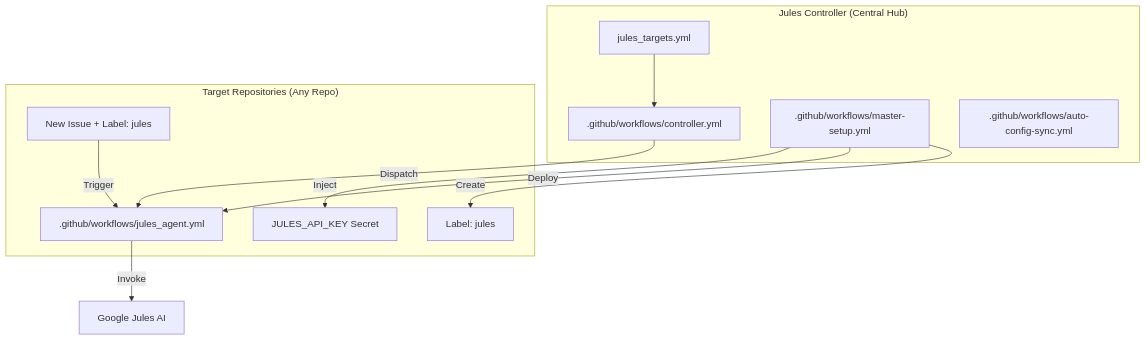
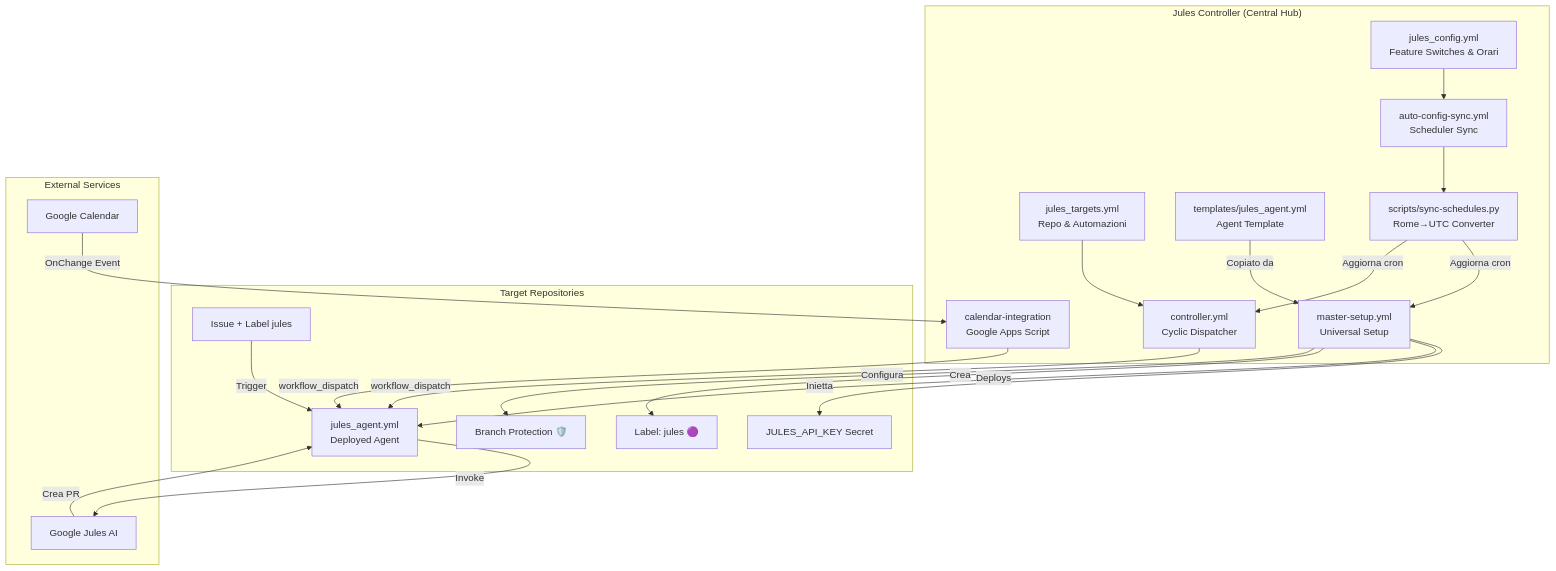
Before and after one commit to GabryXn/jules-controller: the diagram in README.md, drawn with Mermaid. The commit also changed other lines of this file, not shown here.

````diff
--- a/README.md
+++ b/README.md
@@ -11,18 +31,43 @@
 ```mermaid
 graph TD
     subgraph "Jules Controller (Central Hub)"
-        A[jules_targets.yml] --> B[.github/workflows/controller.yml]
-        C[.github/workflows/master-setup.yml]
-        D[.github/workflows/auto-config-sync.yml]
+        CFG[jules_config.yml<br/>Feature Switches & Orari]
+        TGT[jules_targets.yml<br/>Repo & Automazioni]
+        SYNC[auto-config-sync.yml<br/>Scheduler Sync]
+        SETUP[master-setup.yml<br/>Universal Setup]
+        CTRL[controller.yml<br/>Cyclic Dispatcher]
+        TMPL[templates/jules_agent.yml<br/>Agent Template]
+        CAL[calendar-integration<br/>Google Apps Script]
+        PY[scripts/sync-schedules.py<br/>Rome→UTC Converter]
     end
 
-    subgraph "Target Repositories (Any Repo)"
-        B -->|Dispatch| E[.github/workflows/jules_agent.yml]
-        C -->|Inject| F[JULES_API_KEY Secret]
-        C -->|Deploy| E
-        C -->|Create| G[Label: jules]
-        H[New Issue + Label: jules] -->|Trigger| E
+    subgraph "Target Repositories"
+        AGT[jules_agent.yml<br/>Deployed Agent]
+        KEY[JULES_API_KEY Secret]
+        LBL["Label: jules 🟣"]
+        BP["Branch Protection 🛡️"]
+        ISS["Issue + Label jules"]
     end
 
-    E -->|Invoke| I[Google Jules AI]
+    subgraph "External Services"
+        JULES[Google Jules AI]
+        GCAL[Google Calendar]
+    end
+
+    CFG --> SYNC
+    SYNC --> PY
+    PY -->|Aggiorna cron| SETUP
+    PY -->|Aggiorna cron| CTRL
+    TGT --> CTRL
+    CTRL -->|workflow_dispatch| AGT
+    SETUP -->|Inietta| KEY
+    SETUP -->|Deploys| AGT
+    SETUP -->|Crea| LBL
+    SETUP -->|Configura| BP
+    TMPL -->|Copiato da| SETUP
+    ISS -->|Trigger| AGT
+    CAL -->|workflow_dispatch| AGT
+    GCAL -->|OnChange Event| CAL
+    AGT -->|Invoke| JULES
+    JULES -->|Crea PR| AGT
 ```
````
